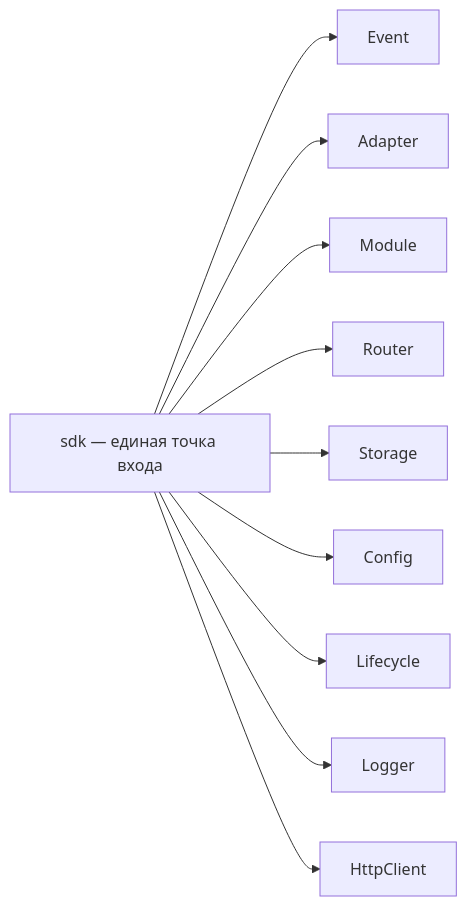
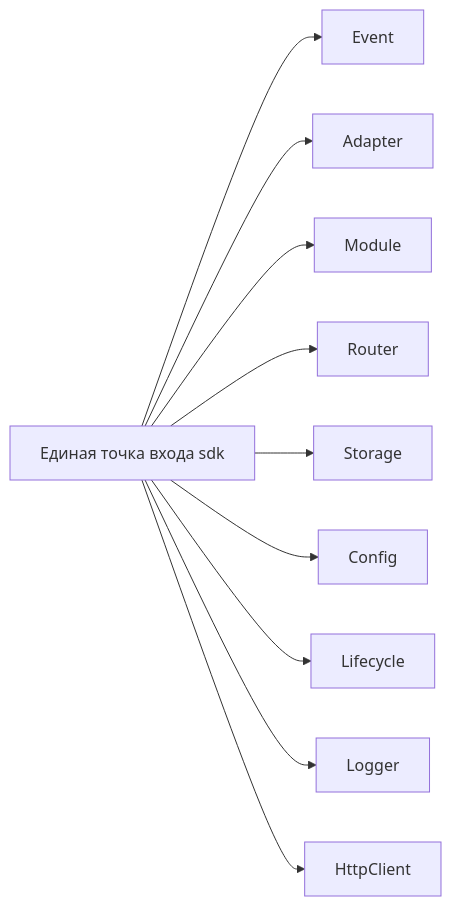
One commit to ErisPulse/ErisPulse changed the second of 2 diagrams in README.ru.md. Above: the diagram before and after it, drawn with Mermaid. The commit also changed other lines of this file and 7 other files, not shown here.

````diff
--- a/README.ru.md
+++ b/README.ru.md
@@ -401,5 +401,5 @@
 ```mermaid
 graph LR
-    SDK["sdk — единая точка входа"] --> Event & Adapter & Module & Router & Storage
+    SDK["Единая точка входа sdk"] --> Event & Adapter & Module & Router & Storage
     SDK --> Config & Lifecycle & Logger & HttpClient
 ```
````
